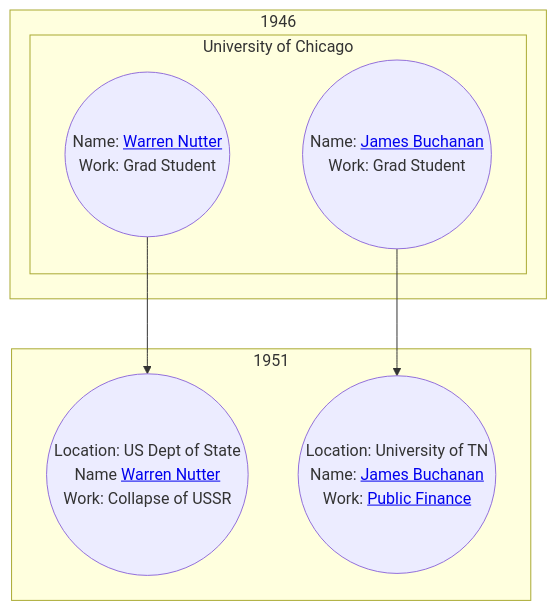
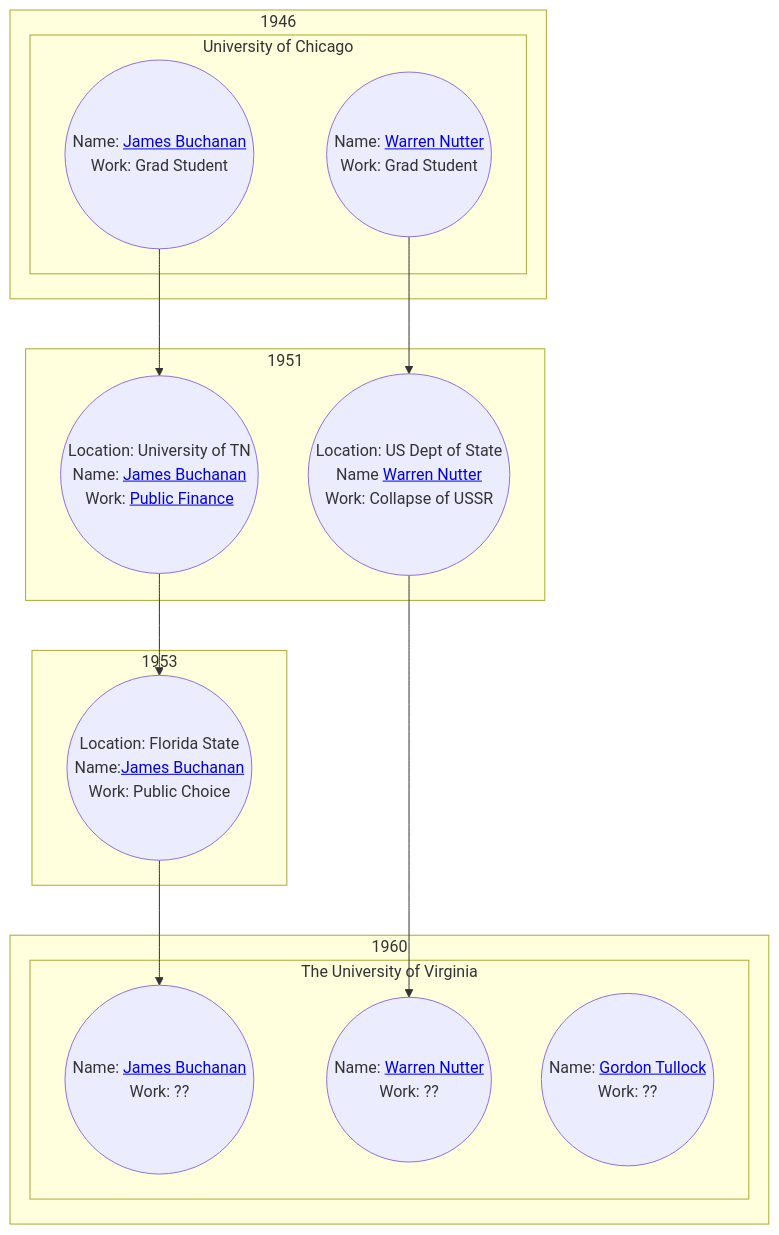
Before and after one commit to grimmdgg/hvspecs: the fourth of 4 diagrams in README.md, drawn with Mermaid. The commit also changed other lines of this file, not shown here.

Commit message:
added more timeline

````diff
--- a/README.md
+++ b/README.md
@@ -73,24 +90,43 @@
 ```mermaid
 graph TD
 subgraph 1946;
 subgraph  University of Chicago
  jb46((
         Name: <a href=https://en.wikipedia.org/wiki/James_M._Buchanan>James Buchanan</a>
         Work: Grad Student
         ))
  wn46((
  Name: <a href=https://en.wikipedia.org/wiki/G._Warren_Nutter>Warren Nutter</a>
  Work: Grad Student ))
 end
 end
 subgraph 1951
 wn51((Location: US Dept of State
 Name <a href=https://en.wikipedia.org/wiki/G._Warren_Nutter>Warren Nutter</a>
 Work: Collapse of USSR))
 jb51((Location: University of TN
 Name: <a href=https://en.wikipedia.org/wiki/James_M._Buchanan>James Buchanan</a>
 Work: <a href=https://en.wikipedia.org/wiki/Public_finance >Public Finance</a>))
 end
 wn46 -->wn51
 jb46 -->jb51
+subgraph 1953
+jb53((Location: Florida State
+Name:<a href=https://en.wikipedia.org/wiki/James_M._Buchanan>James Buchanan</a> 
+Work: Public Choice))
+end
+jb51-->jb53
+
+subgraph 1960
+       subgraph The University of Virginia
+       jb60((Name: <a href=https://en.wikipedia.org/wiki/James_M._Buchanan>James Buchanan</a> 
+       Work: ??))
+       wn60((Name: <a href=https://en.wikipedia.org/wiki/G._Warren_Nutter>Warren Nutter</a>
+       Work: ??))
+       gt60((Name: <a href=https://en.wikipedia.org/wiki/Gordon_Tullock>Gordon Tullock</a>
+       Work: ??))
+       end
+end
+jb53-->jb60
+wn51 -->wn60
 ```
````
